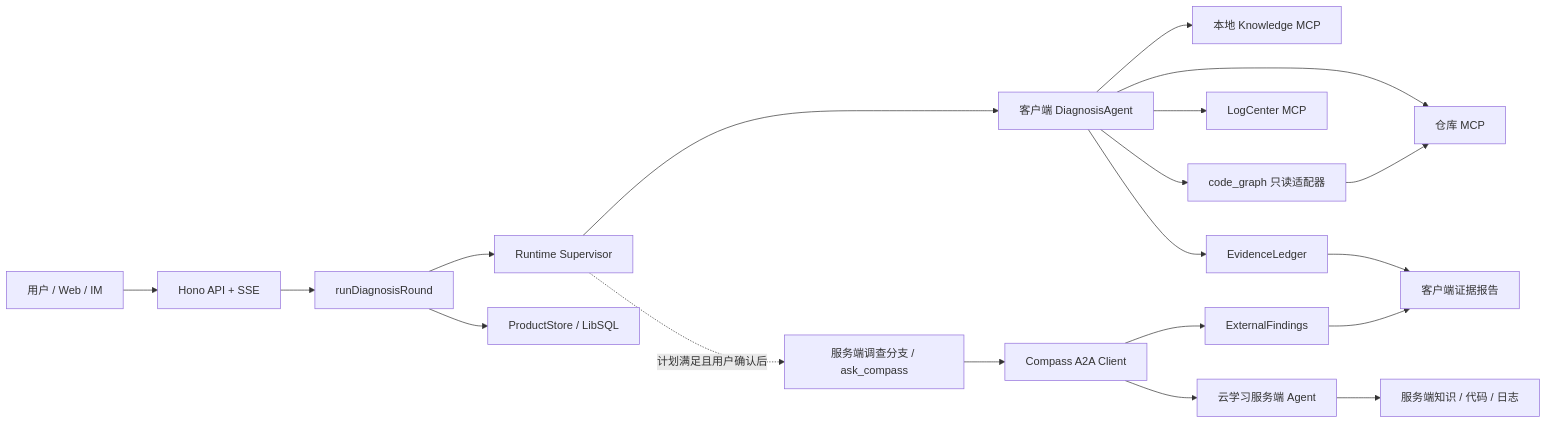
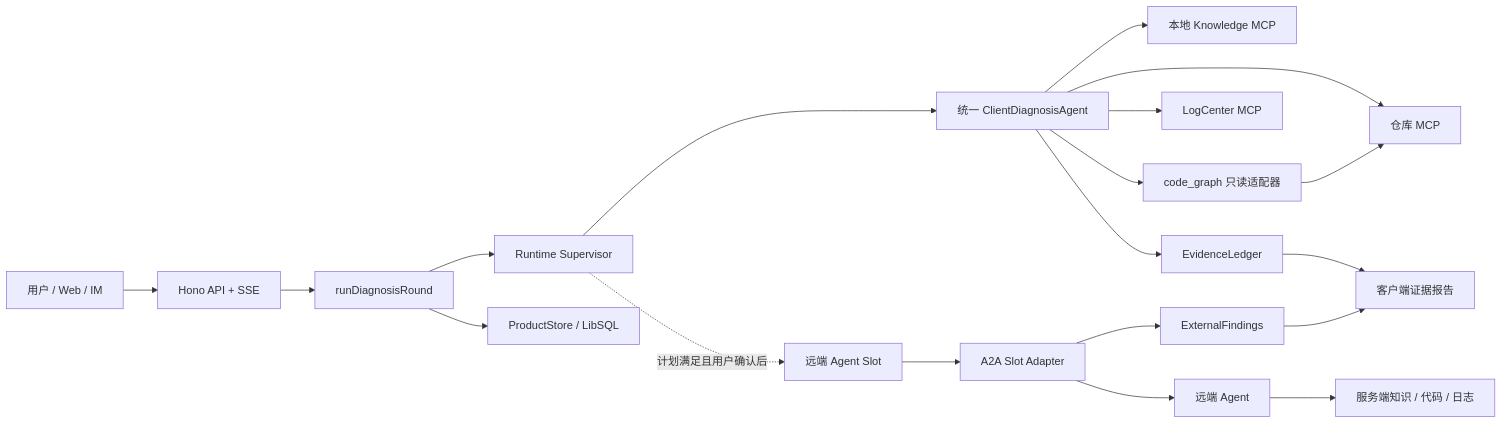
One commit to HarmonyosSong/test-mcp changed the diagram in docs/multi-capability-technical-design.md. Above: the diagram before and after it, drawn with Mermaid. The commit also changed other lines of this file and 11 other files, not shown here.

Commit message:
docs: unify client agent architecture

````diff
--- a/docs/multi-capability-technical-design.md
+++ b/docs/multi-capability-technical-design.md
@@ -39,21 +39,21 @@
 ```mermaid
 flowchart LR
     U[用户 / Web / IM] --> H[Hono API + SSE]
     H --> R[runDiagnosisRound]
     R --> O[Runtime Supervisor]
-    O --> A[客户端 DiagnosisAgent]
+    O --> A[统一 ClientDiagnosisAgent]
     A --> K[本地 Knowledge MCP]
     A --> S[仓库 MCP]
     A --> G[code_graph 只读适配器]
     A --> L[LogCenter MCP]
-    O -.计划满足且用户确认后.-> C[服务端调查分支 / ask_compass]
-    C --> X[Compass A2A Client]
-    X --> Y[云学习服务端 Agent]
+    O -.计划满足且用户确认后.-> C[远端 Agent Slot]
+    C --> X[A2A Slot Adapter]
+    X --> Y[远端 Agent]
     Y --> Z[服务端知识 / 代码 / 日志]
     G --> S
     A --> E[EvidenceLedger]
     X --> F[ExternalFindings]
     E --> P[客户端证据报告]
     F --> P
     R --> D[ProductStore / LibSQL]
 ```
````
